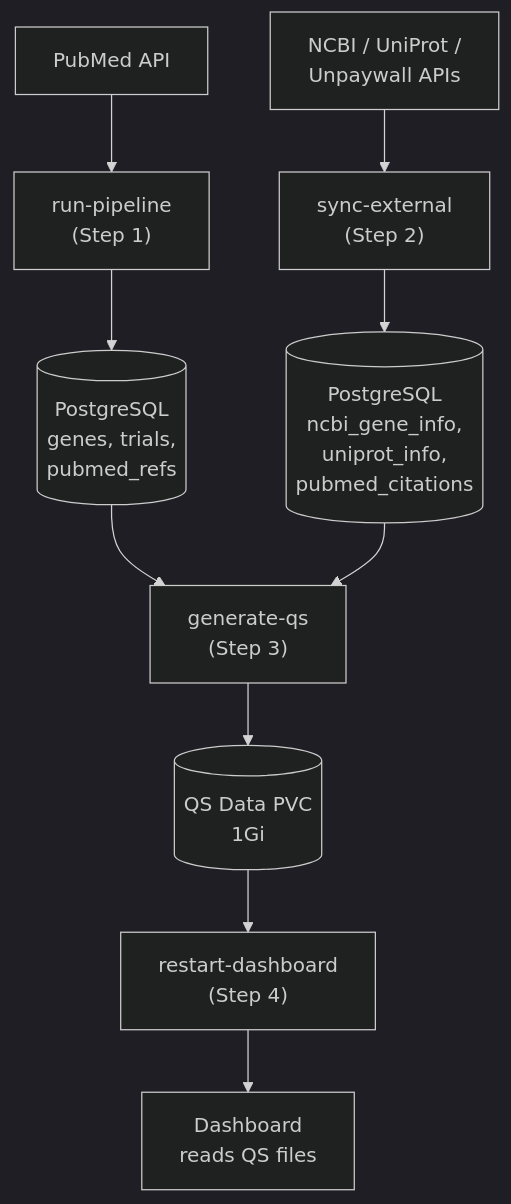
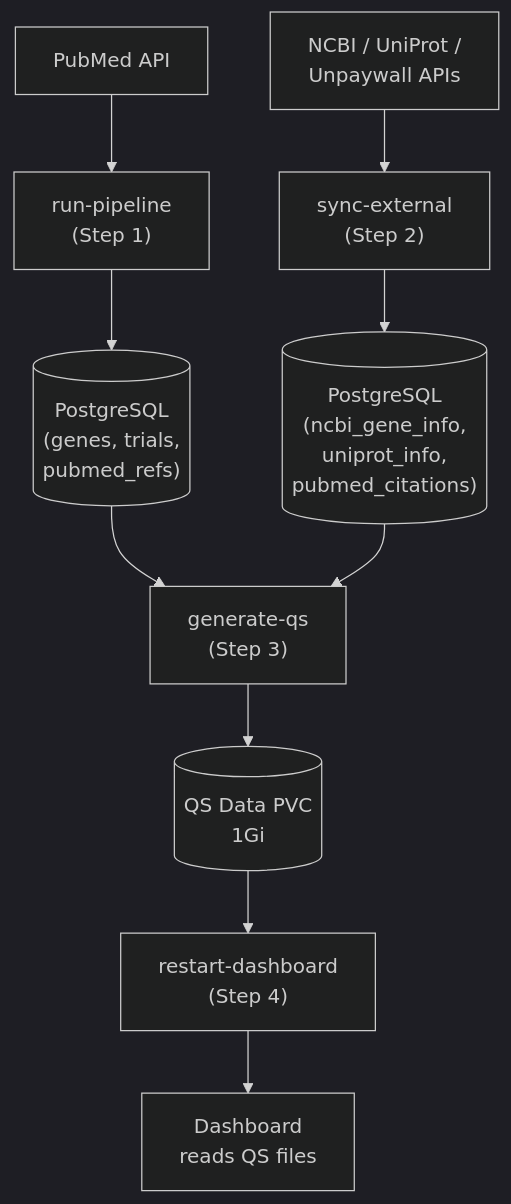
One commit to mathieubpoiriericm/icm-dashboard changed the third of 3 diagrams in docs/kubernetes-cluster-overview.md. Above: the diagram before and after it, drawn with Mermaid (dark theme).

Commit message:
Minor edits

````diff
--- a/docs/kubernetes-cluster-overview.md
+++ b/docs/kubernetes-cluster-overview.md
@@ -352,15 +352,15 @@
 ```mermaid
 graph TD
     pubmed["PubMed API"] --> step1["run-pipeline<br/>(Step 1)"]
     apis["NCBI / UniProt /<br/>Unpaywall APIs"] --> step2["sync-external<br/>(Step 2)"]
 
-    step1 --> pg[("PostgreSQL<br/>genes, trials,<br/>pubmed_refs")]
-    step2 --> pg_cache[("PostgreSQL<br/>ncbi_gene_info,<br/>uniprot_info,<br/>pubmed_citations")]
+    step1 --> pg[("PostgreSQL<br/>(genes, trials,<br/>pubmed_refs)")]
+    step2 --> pg_cache[("PostgreSQL<br/>(ncbi_gene_info,<br/>uniprot_info,<br/>pubmed_citations)")]
 
     pg --> step3["generate-qs<br/>(Step 3)"]
     pg_cache --> step3
 
     step3 --> qspvc[("QS Data PVC<br/>1Gi")]
     qspvc --> step4["restart-dashboard<br/>(Step 4)"]
     step4 --> dashboard["Dashboard<br/>reads QS files"]
 ```
````
